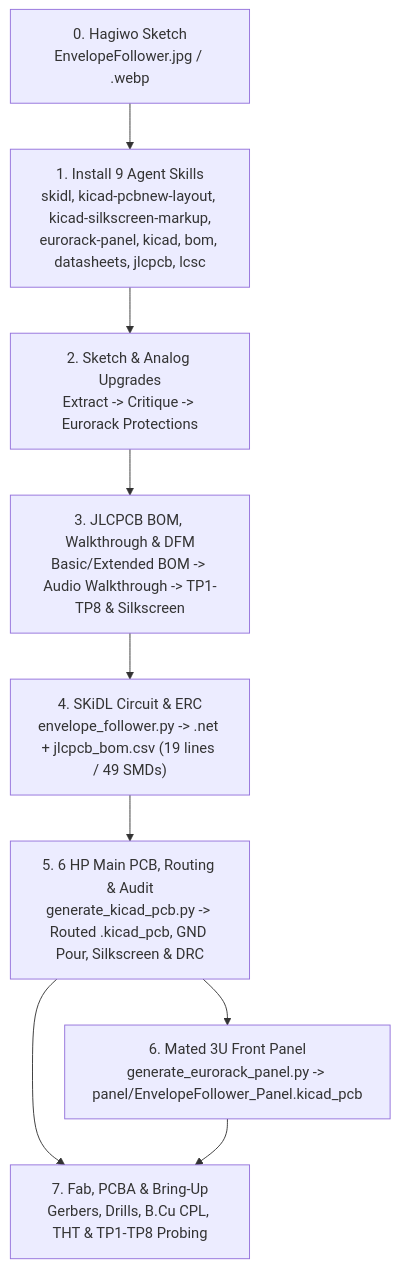
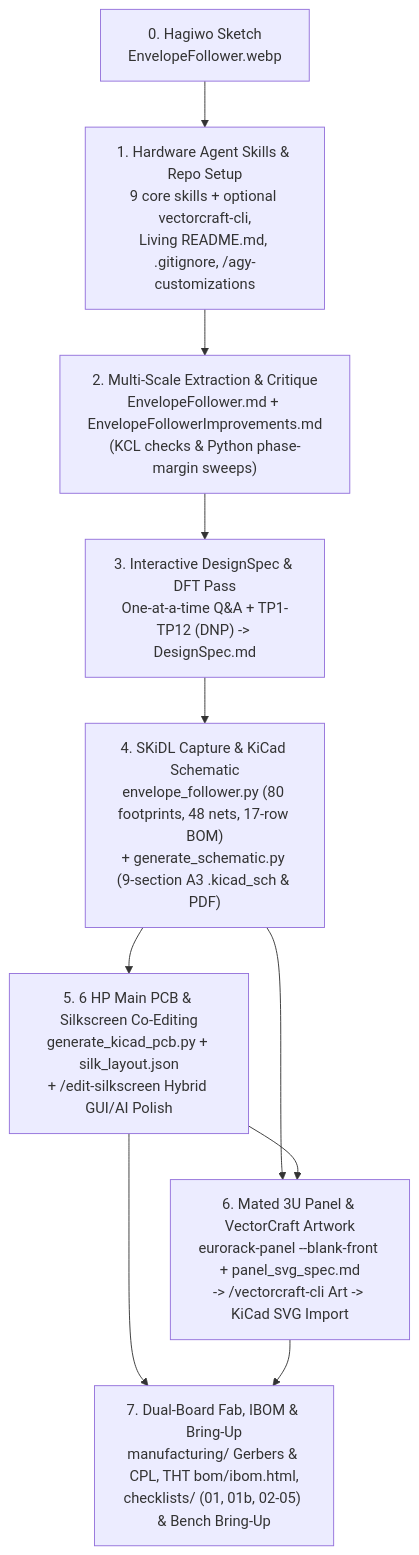
The diagram in docs/index.md (domesticmouse/EnvelopeFollower), drawn with Mermaid before and after one commit. The commit also changed other lines of this file and 1786 other files, not shown here.

Commit message:
Rewrite tutorial for EnvelopeFollowerWithSkewLimiter and pin reference submodule

````diff
--- a/docs/index.md
+++ b/docs/index.md
@@ -13,11 +21,12 @@
 ```mermaid
 flowchart TD
-    S0["0. Hagiwo Sketch<br/>EnvelopeFollower.jpg / .webp"] --> S1["1. Install 9 Agent Skills<br/>skidl, kicad-pcbnew-layout, kicad-silkscreen-markup,<br/>eurorack-panel, kicad, bom, datasheets, jlcpcb, lcsc"]
-    S1 --> S2["2. Sketch & Analog Upgrades<br/>Extract -> Critique -> Eurorack Protections"]
-    S2 --> S3["3. JLCPCB BOM, Walkthrough & DFM<br/>Basic/Extended BOM -> Audio Walkthrough -> TP1-TP8 & Silkscreen"]
-    S3 --> S4["4. SKiDL Circuit & ERC<br/>envelope_follower.py -> .net + jlcpcb_bom.csv (19 lines / 49 SMDs)"]
-    S4 --> S5["5. 6 HP Main PCB, Routing & Audit<br/>generate_kicad_pcb.py -> Routed .kicad_pcb, GND Pour, Silkscreen & DRC"]
-    S5 --> S6["6. Mated 3U Front Panel<br/>generate_eurorack_panel.py -> panel/EnvelopeFollower_Panel.kicad_pcb"]
-    S5 --> S7["7. Fab, PCBA & Bring-Up<br/>Gerbers, Drills, B.Cu CPL, THT & TP1-TP8 Probing"]
+    S0["0. Hagiwo Sketch<br/>EnvelopeFollower.webp"] --> S1["1. Hardware Agent Skills & Repo Setup<br/>9 core skills + optional vectorcraft-cli,<br/>Living README.md, .gitignore, /agy-customizations"]
+    S1 --> S2["2. Multi-Scale Extraction & Critique<br/>EnvelopeFollower.md + EnvelopeFollowerImprovements.md<br/>(KCL checks & Python phase-margin sweeps)"]
+    S2 --> S3["3. Interactive DesignSpec & DFT Pass<br/>One-at-a-time Q&A + TP1-TP12 (DNP) -> DesignSpec.md"]
+    S3 --> S4["4. SKiDL Capture & KiCad Schematic<br/>envelope_follower.py (80 footprints, 48 nets, 17-row BOM)<br/>+ generate_schematic.py (9-section A3 .kicad_sch & PDF)"]
+    S4 --> S5["5. 6 HP Main PCB & Silkscreen Co-Editing<br/>generate_kicad_pcb.py + silk_layout.json<br/>+ /edit-silkscreen Hybrid GUI/AI Polish"]
+    S4 --> S6["6. Mated 3U Panel & VectorCraft Artwork<br/>eurorack-panel --blank-front + panel_svg_spec.md<br/>-> /vectorcraft-cli Art -> KiCad SVG Import"]
+    S5 --> S6
+    S5 --> S7["7. Dual-Board Fab, IBOM & Bring-Up<br/>manufacturing/ Gerbers & CPL, THT bom/ibom.html,<br/>checklists/ (01, 01b, 02-05) & Bench Bring-Up"]
     S6 --> S7
 ```
````
